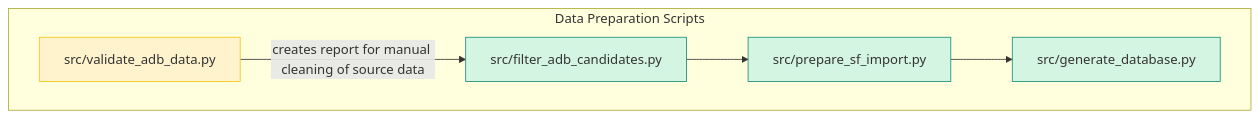
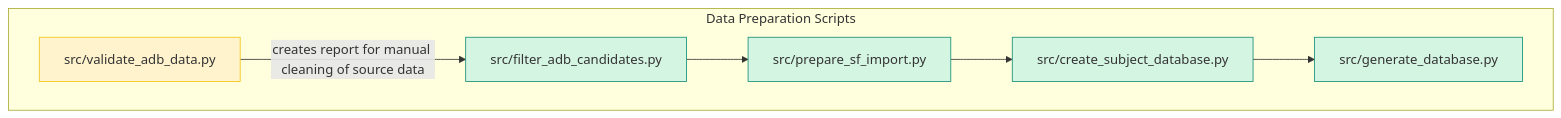
The diagram in docs/diagrams/arch_prep_codebase.mmd (peterjmarko/llm-narrative-framework), drawn with Mermaid before and after one commit. The commit also changed 13 other files, not shown here.

```diff
--- a/docs/diagrams/arch_prep_codebase.mmd
+++ b/docs/diagrams/arch_prep_codebase.mmd
@@ -1,16 +1,19 @@
 graph TD
     subgraph "Data Preparation Scripts"
         V[src/validate_adb_data.py]
         A[src/filter_adb_candidates.py]
         B[src/prepare_sf_import.py]
+        D[src/create_subject_database.py]
         C[src/generate_database.py]
     end
 
     V -- "creates report for manual cleaning of source data" --> A;
     A --> B;
-    B --> C;
+    B --> D;
+    D --> C;
 
     style V fill:#fff3cd,stroke:#f1c40f
     style A fill:#D5F5E3,stroke:#138D75
     style B fill:#D5F5E3,stroke:#138D75
+    style D fill:#D5F5E3,stroke:#138D75
     style C fill:#D5F5E3,stroke:#138D75
```
